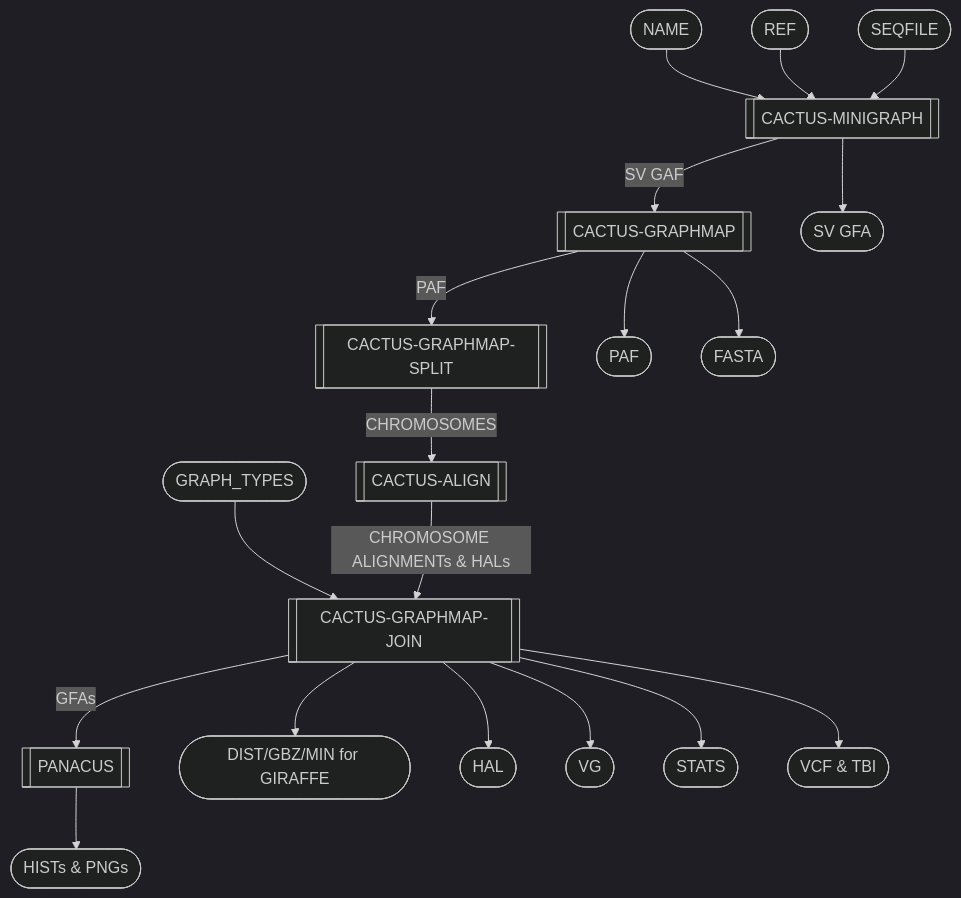
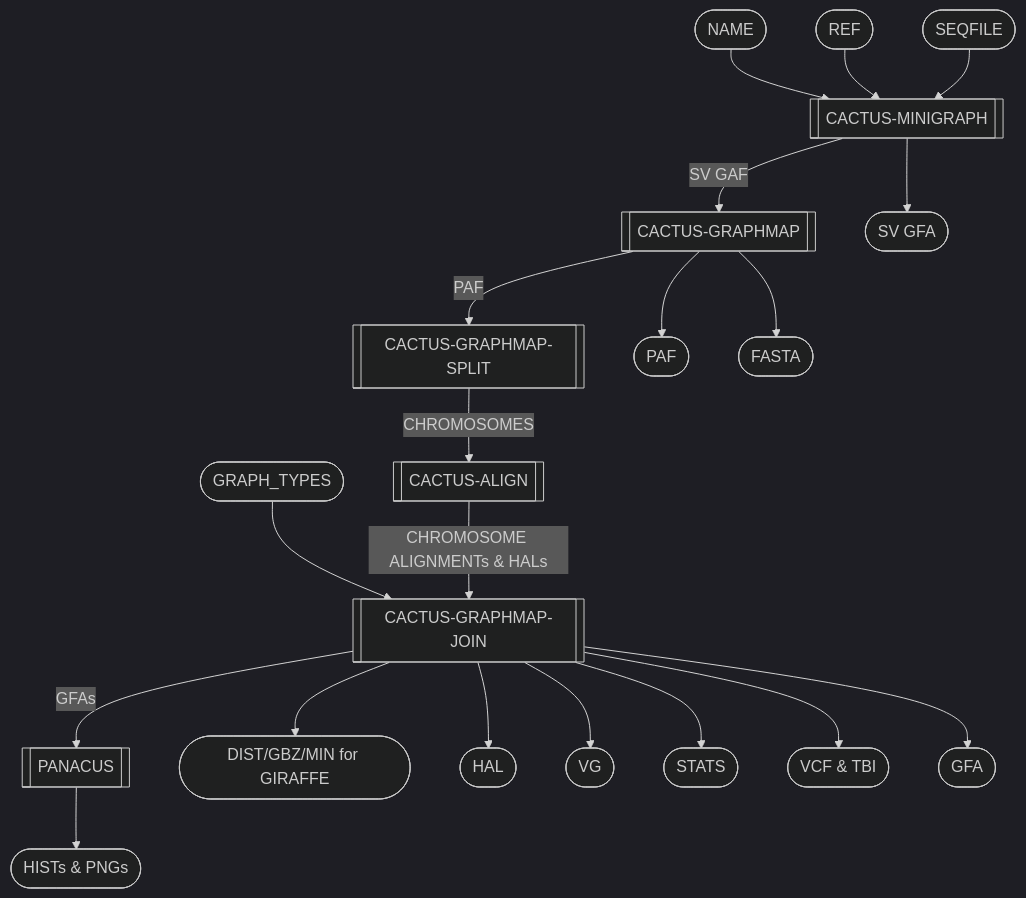
Before and after one commit to twlab/cig-pipelines: the diagram in wdl/pipelines/pangenome/mcgb.doc.md, drawn with Mermaid (dark theme).

````diff
--- a/wdl/pipelines/pangenome/mcgb.doc.md
+++ b/wdl/pipelines/pangenome/mcgb.doc.md
@@ -6,33 +6,34 @@
 ```mermaid
   flowchart TB;
       i1([NAME]);
       i2([REF]);
       i3([SEQFILE]);
       i4([GRAPH_TYPES]);
 
       s1[[CACTUS-MINIGRAPH]];
       s2[[CACTUS-GRAPHMAP]];
       s3[[CACTUS-GRAPHMAP-SPLIT]];
       s4[[CACTUS-ALIGN]];
       s5[[CACTUS-GRAPHMAP-JOIN]];
       s6[[PANACUS]];
 
       o11([SV GFA]);
       o21([PAF]);
       o22([FASTA]);
       o51([DIST/GBZ/MIN for GIRAFFE]);
       o52([HAL]);
       o53([VG]);
       o55([STATS]);
       o56([VCF & TBI]);
+      o57([GFA]);
       o61([HISTs & PNGs]);
 
       i1-->s1; i2-->s1; i3-->s1; s1-->o11;
       s1--SV GAF-->s2; s2-->o21; s2-->o22;
       s2--PAF-->s3;
       s3--CHROMOSOMES-->s4;
       i4-->s5; s4--CHROMOSOME ALIGNMENTs & HALs-->s5;
-      s5-->o51; s5-->o52; s5-->o53; s5-->o55; s5-->o56;
+      s5-->o51; s5-->o52; s5-->o53; s5-->o55; s5-->o56; s5-->o57
       s5--GFAs-->s6;
       s6-->o61;
 ```
````
